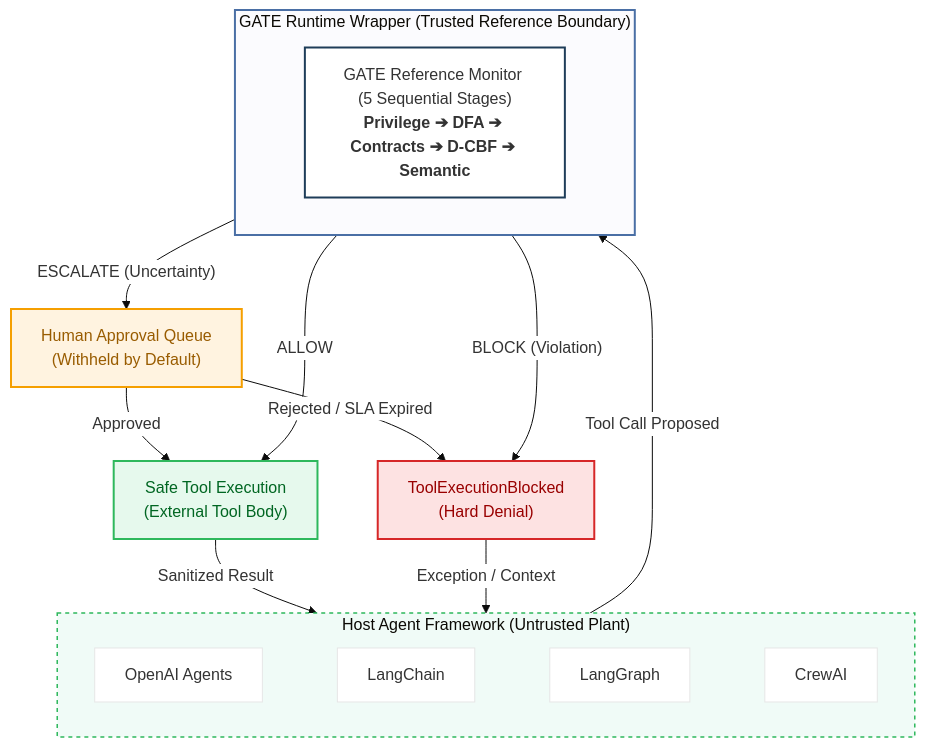
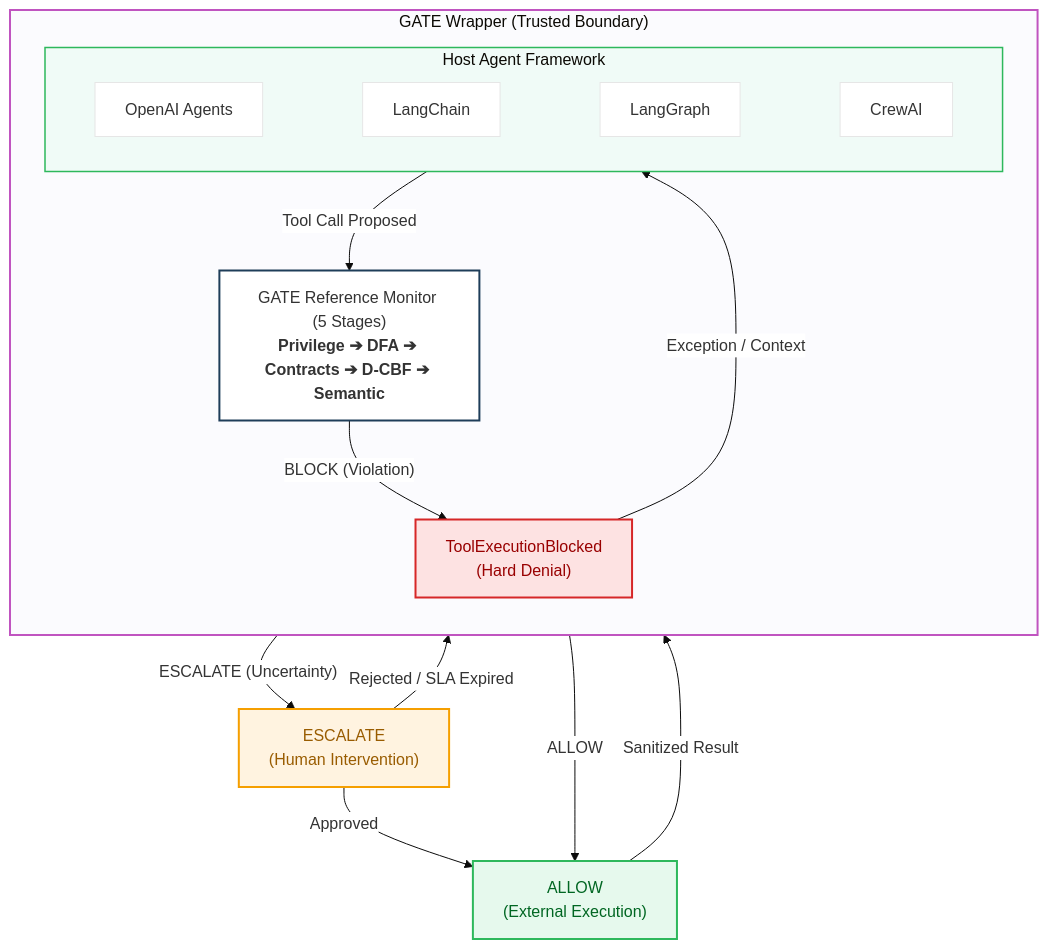
Before and after one commit to CharafeddineMechalikh/GATE: the diagram in README.md, drawn with Mermaid.

Commit message:
docs: nest host frameworks inside GATE wrapper in README diagram

````diff
--- a/README.md
+++ b/README.md
@@ -93,30 +93,29 @@
 ```mermaid
 %%{init: {'theme': 'base', 'themeVariables': { 'primaryColor': '#ffffff', 'edgeLabelBackground':'#ffffff', 'tertiaryColor': '#f4f6fb'}}}%%
 flowchart TD
-    subgraph Host["Host Agent Framework (Untrusted Plant)"]
-        direction LR
-        OA["OpenAI Agents"] ~~~ LC["LangChain"] ~~~ LG["LangGraph"] ~~~ CW["CrewAI"]
+    subgraph Wrapper["GATE Wrapper (Trusted Boundary)"]
+        direction TB
+        subgraph Host["Host Agent Framework"]
+            direction LR
+            OA["OpenAI Agents"] ~~~ LC["LangChain"] ~~~ LG["LangGraph"] ~~~ CW["CrewAI"]
+        end
+
+        Host -->|"Tool Call Proposed"| M["GATE Reference Monitor (5 Stages)<br><b>Privilege ➔ DFA ➔ Contracts ➔ D-CBF ➔ Semantic</b>"]
+        M -->|"BLOCK (Violation)"| N["ToolExecutionBlocked<br>(Hard Denial)"]
+        N -->|"Exception / Context"| Host
     end
 
-    subgraph Wrapper["GATE Runtime Wrapper (Trusted Reference Boundary)"]
-        direction TB
-        M["GATE Reference Monitor (5 Sequential Stages)<br><b>Privilege ➔ DFA ➔ Contracts ➔ D-CBF ➔ Semantic</b>"]
-    end
-
-    Host -->|"Tool Call Proposed"| M
-    M -->|"BLOCK (Violation)"| N["ToolExecutionBlocked<br>(Hard Denial)"]
-    M -->|"ALLOW"| A["Safe Tool Execution<br>(External Tool Body)"]
-    M -->|"ESCALATE (Uncertainty)"| E["Human Approval Queue<br>(Withheld by Default)"]
+    M -->|"ALLOW"| A["ALLOW<br>(External Execution)"]
+    M -->|"ESCALATE (Uncertainty)"| E["ESCALATE<br>(Human Intervention)"]
 
     E -->|"Approved"| A
     E -->|"Rejected / SLA Expired"| N
     A -->|"Sanitized Result"| Host
-    N -->|"Exception / Context"| Host
 
-    style Host fill:#f0fbf7,stroke:#2eb85c,stroke-width:1.5px,stroke-dasharray: 4 4
-    style Wrapper fill:#fbfbfe,stroke:#4a6fa5,stroke-width:2px
+    style Wrapper fill:#fbfbfe,stroke:#c054c0,stroke-width:2px
+    style Host fill:#f0fbf7,stroke:#2eb85c,stroke-width:1.5px
     style M fill:#ffffff,stroke:#1e3d59,stroke-width:2px
     style N fill:#fde2e2,stroke:#d62728,stroke-width:2px,color:#990000
     style A fill:#e6f9ed,stroke:#2eb85c,stroke-width:2px,color:#006622
     style E fill:#fff3e0,stroke:#f59f00,stroke-width:2px,color:#995c00
 ```
````
